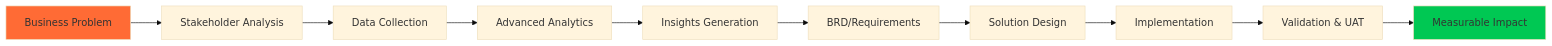
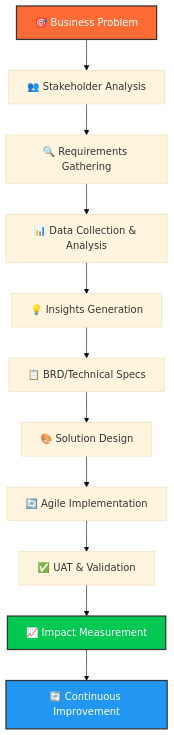
The second of 2 diagrams in README.md (jyothi233/jyothi233), drawn with Mermaid (base theme) before and after one commit. The commit also changed other lines of this file, not shown here.

````diff
--- a/README.md
+++ b/README.md
@@ -147,15 +369,17 @@
 ```mermaid
-graph LR
-    A[Business Problem] --> B[Stakeholder Analysis]
-    B --> C[Data Collection]
-    C --> D[Advanced Analytics]
-    D --> E[Insights Generation]
-    E --> F[BRD/Requirements]
-    F --> G[Solution Design]
-    G --> H[Implementation]
-    H --> I[Validation & UAT]
-    I --> J[Measurable Impact]
+graph TD
+    A[🎯 Business Problem] --> B[👥 Stakeholder Analysis]
+    B --> C[🔍 Requirements Gathering]
+    C --> D[📊 Data Collection & Analysis]
+    D --> E[💡 Insights Generation]
+    E --> F[📋 BRD/Technical Specs]
+    F --> G[🎨 Solution Design]
+    G --> H[🔄 Agile Implementation]
+    H --> I[✅ UAT & Validation]
+    I --> J[📈 Impact Measurement]
+    J --> K[🔄 Continuous Improvement]
     
-    style A fill:#FF6B35
-    style J fill:#00C853
+    style A fill:#FF6B35,stroke:#333,stroke-width:2px,color:#fff
+    style J fill:#00C853,stroke:#333,stroke-width:2px,color:#fff
+    style K fill:#2196F3,stroke:#333,stroke-width:2px,color:#fff
 ```
````
